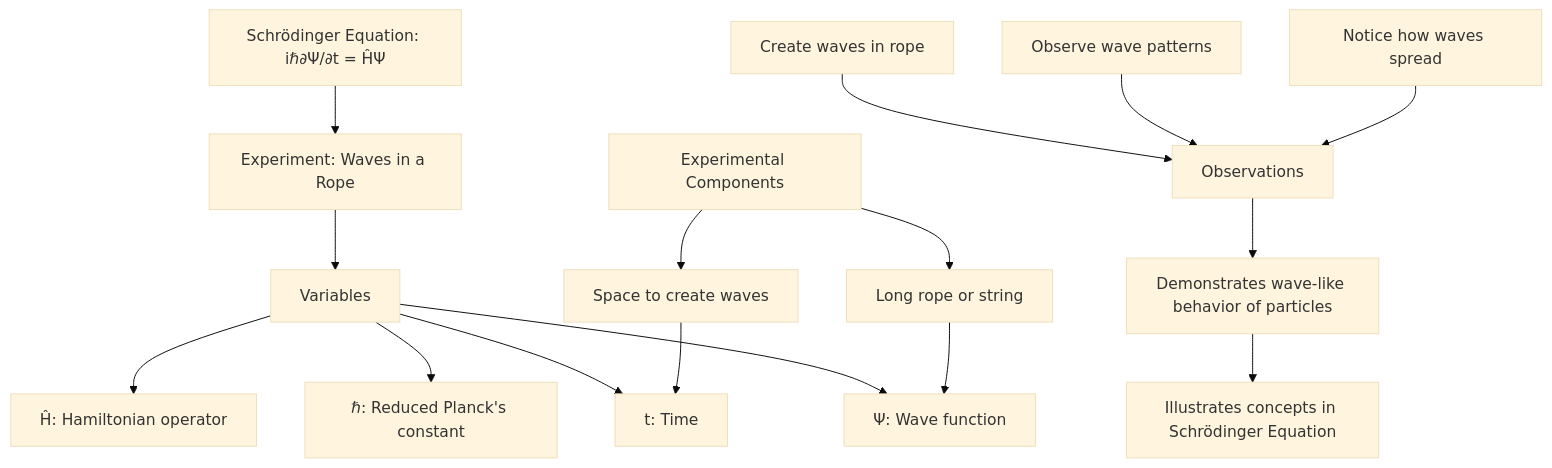
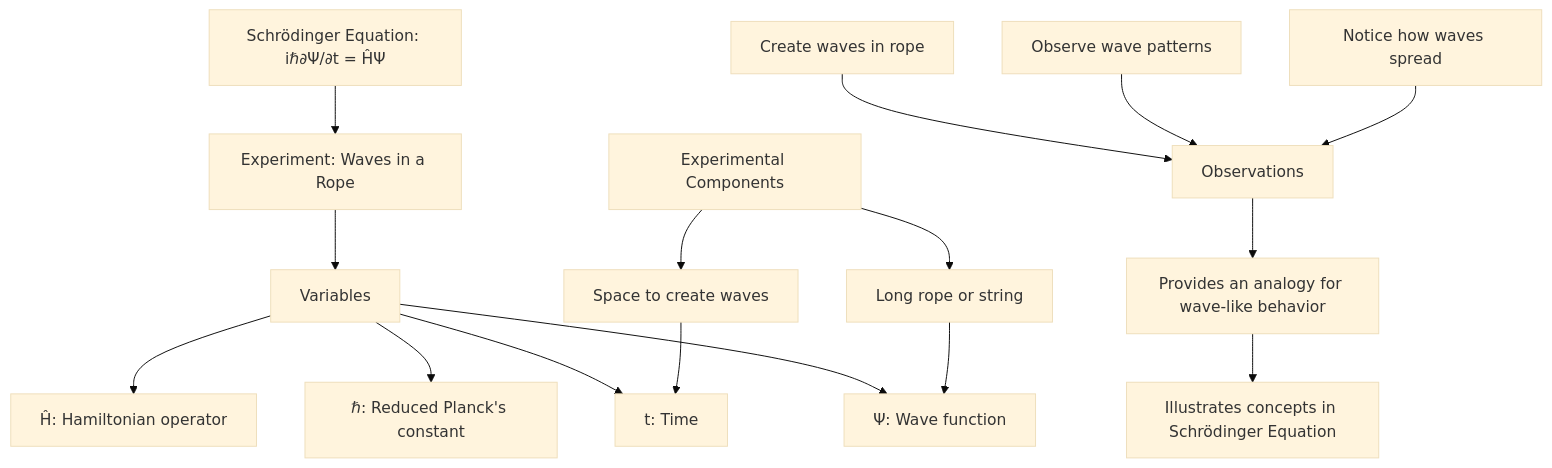
Before and after one commit to Josh-XT/math: diagram 20 of 35 in README.md, drawn with Mermaid (base theme). The commit also changed other lines of this file, not shown here.

````diff
--- a/README.md
+++ b/README.md
@@ -1676,23 +1681,23 @@
 ```mermaid
 graph TD
     A["Schrödinger Equation: iℏ∂Ψ/∂t = ĤΨ"] --> B["Experiment: Waves in a Rope"]
     B --> C["Variables"]
     C --> D["Ψ: Wave function"]
     C --> E["ℏ: Reduced Planck's constant"]
     C --> F["t: Time"]
     C --> G["Ĥ: Hamiltonian operator"]
     
     H["Experimental Components"] --> I["Long rope or string"]
     H --> J["Space to create waves"]
     
     I --> D
     J --> F
     
     K["Observations"]
     L["Create waves in rope"] --> K
     M["Observe wave patterns"] --> K
     N["Notice how waves spread"] --> K
     
-    K --> O["Demonstrates wave-like behavior of particles"]
+    K --> O["Provides an analogy for wave-like behavior"]
     O --> P["Illustrates concepts in Schrödinger Equation"]
 ```
````
